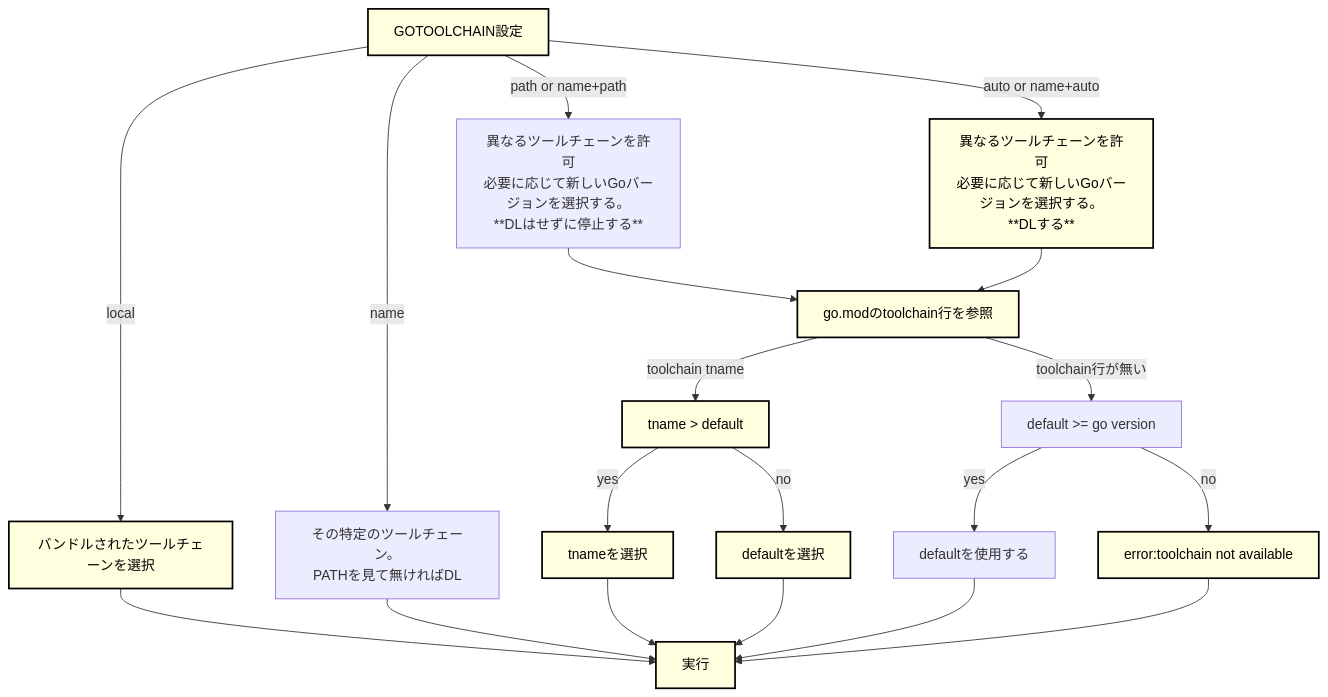
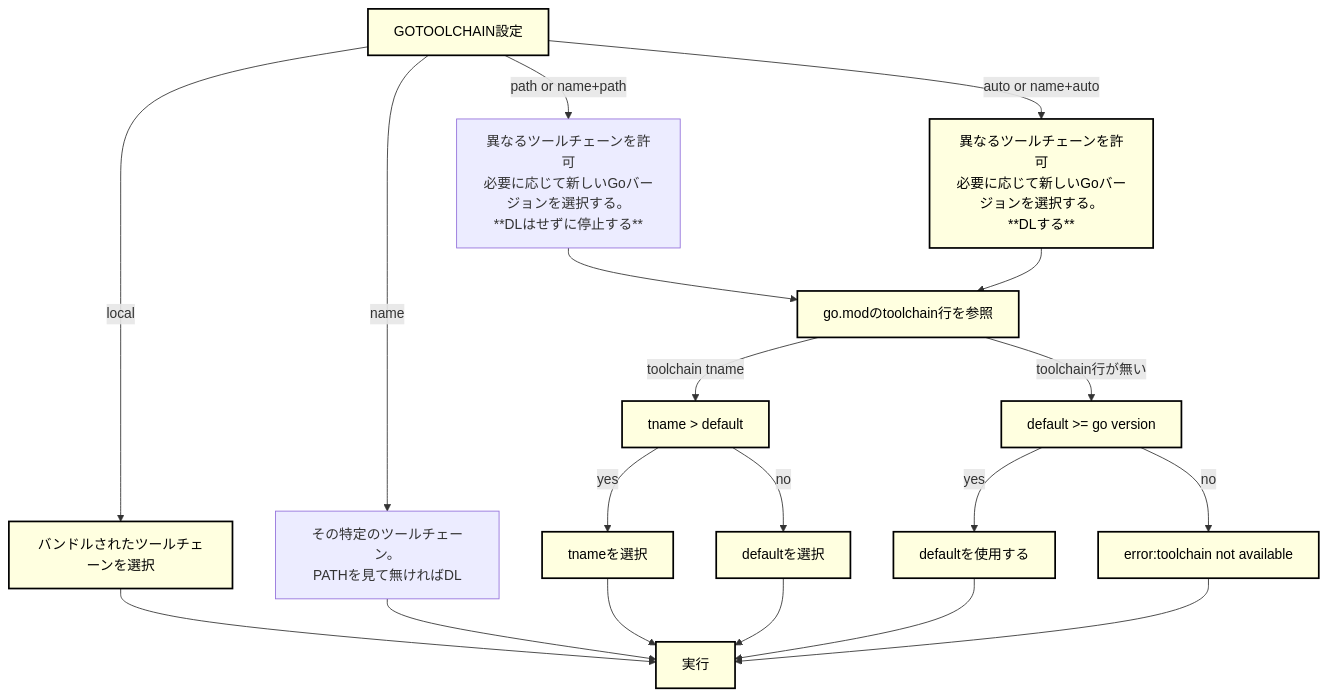
The diagram in gotoolchain/README.md (atushi-koga/go-example), drawn with Mermaid before and after one commit. The commit also changed 6 other files, not shown here.

````diff
--- a/gotoolchain/README.md
+++ b/gotoolchain/README.md
@@ -7,30 +7,30 @@
 ```mermaid
 
 graph TD
     classDef lightYellow fill:#FFFFE0,stroke:#000,stroke-width:2px,color:#000;
     A[GOTOOLCHAIN設定]
     A -->|local| B[バンドルされたツールチェーンを選択]
     A -->|name| C[その特定のツールチェーン。<br>PATHを見て無ければDL]
     A -->|path or name+path| D[異なるツールチェーンを許可<br>必要に応じて新しいGoバージョンを選択する。<br>**DLはせずに停止する**]
     A -->|auto or name+auto| E[異なるツールチェーンを許可<br>必要に応じて新しいGoバージョンを選択する。<br>**DLする**]
 
     F[go.modのtoolchain行を参照]
     D --> F
     E --> F
     F -->|toolchain tname| H[tname > default]
     F -->|toolchain行が無い| I[default >= go version]
     H -->|yes| J[tnameを選択]
     H -->|no| K[defaultを選択]
     I -->|yes| L[defaultを使用する]
     I -->|no| M[error:toolchain not available]
         
     Z[実行]
     B --> Z
     C --> Z
     J --> Z
     K --> Z
     L --> Z
     M --> Z
 
-    class A,B,E,F,H,J,K,M,Z lightYellow;
+    class A,B,E,F,H,I,J,K,L,M,Z lightYellow;
 ```
````
